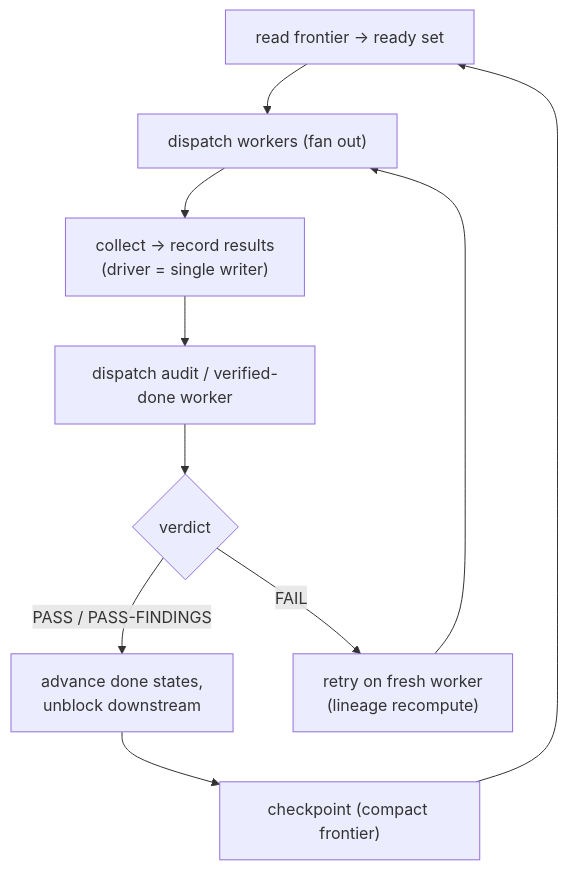
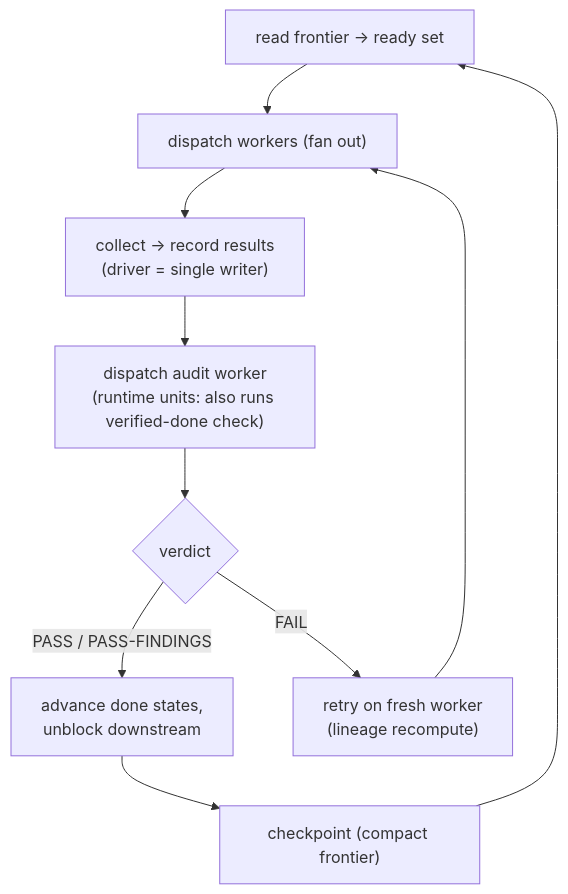
Before and after one commit to RohitDashora/gotm-framework-for-agentic-development: the diagram in docs/04-the-loop.md, drawn with Mermaid. The commit also changed other lines of this file and 16 other files, not shown here.

First line of the commit message:
Build-process audit + fixes: restore v3 immutability hook, reconcile verified-done, doc accuracy

````diff
--- a/docs/04-the-loop.md
+++ b/docs/04-the-loop.md
@@ -27,12 +27,12 @@
 ```mermaid
 flowchart TB
     A["read frontier → ready set"] --> B["dispatch workers (fan out)"]
     B --> C["collect → record results<br/>(driver = single writer)"]
-    C --> E["dispatch audit / verified-done worker"]
+    C --> E["dispatch audit worker<br/>(runtime units: also runs verified-done check)"]
     E --> G{verdict}
     G -->|"PASS / PASS-FINDINGS"| H["advance done states,<br/>unblock downstream"]
     G -->|FAIL| F["retry on fresh worker<br/>(lineage recompute)"]
     F --> B
     H --> I["checkpoint (compact frontier)"]
     I --> A
 ```
````
